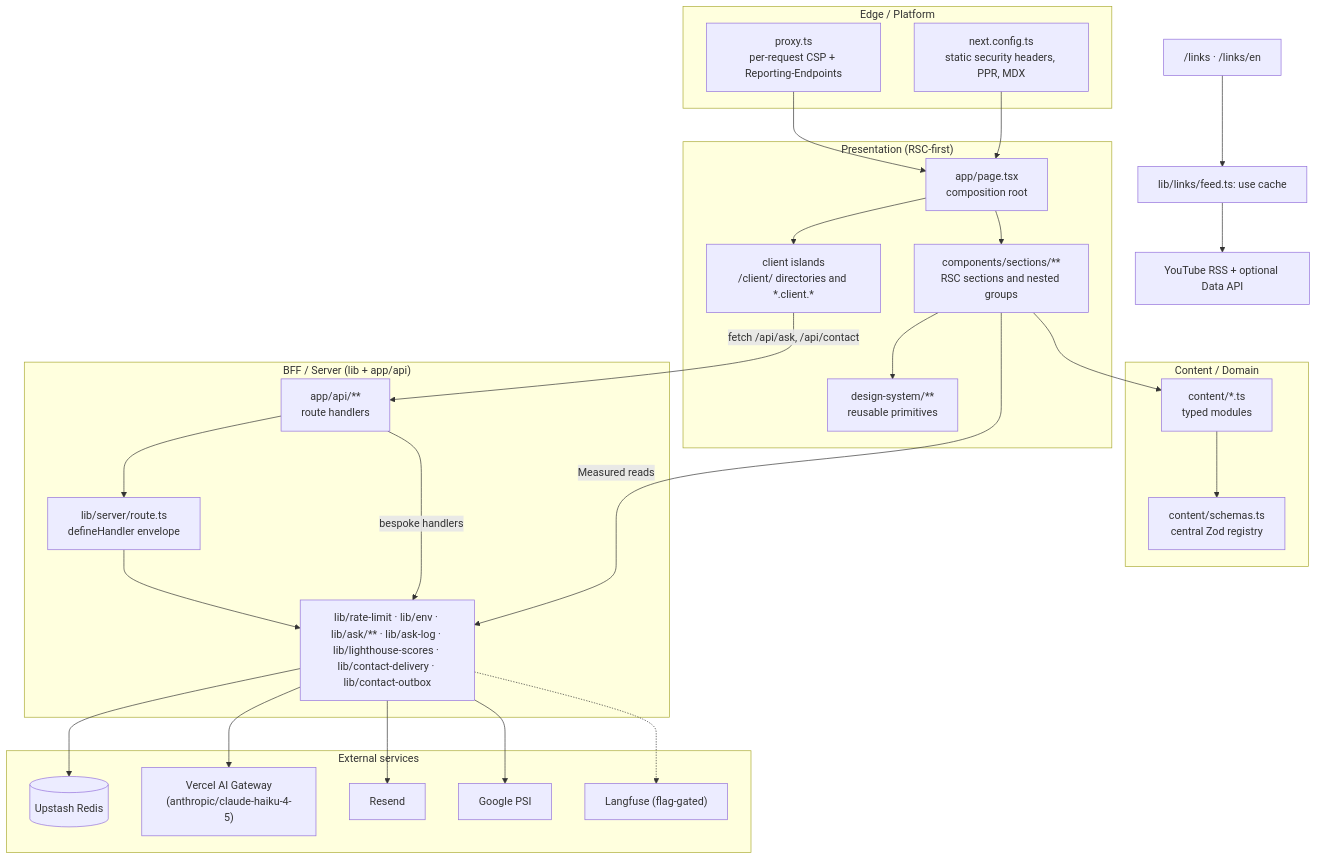
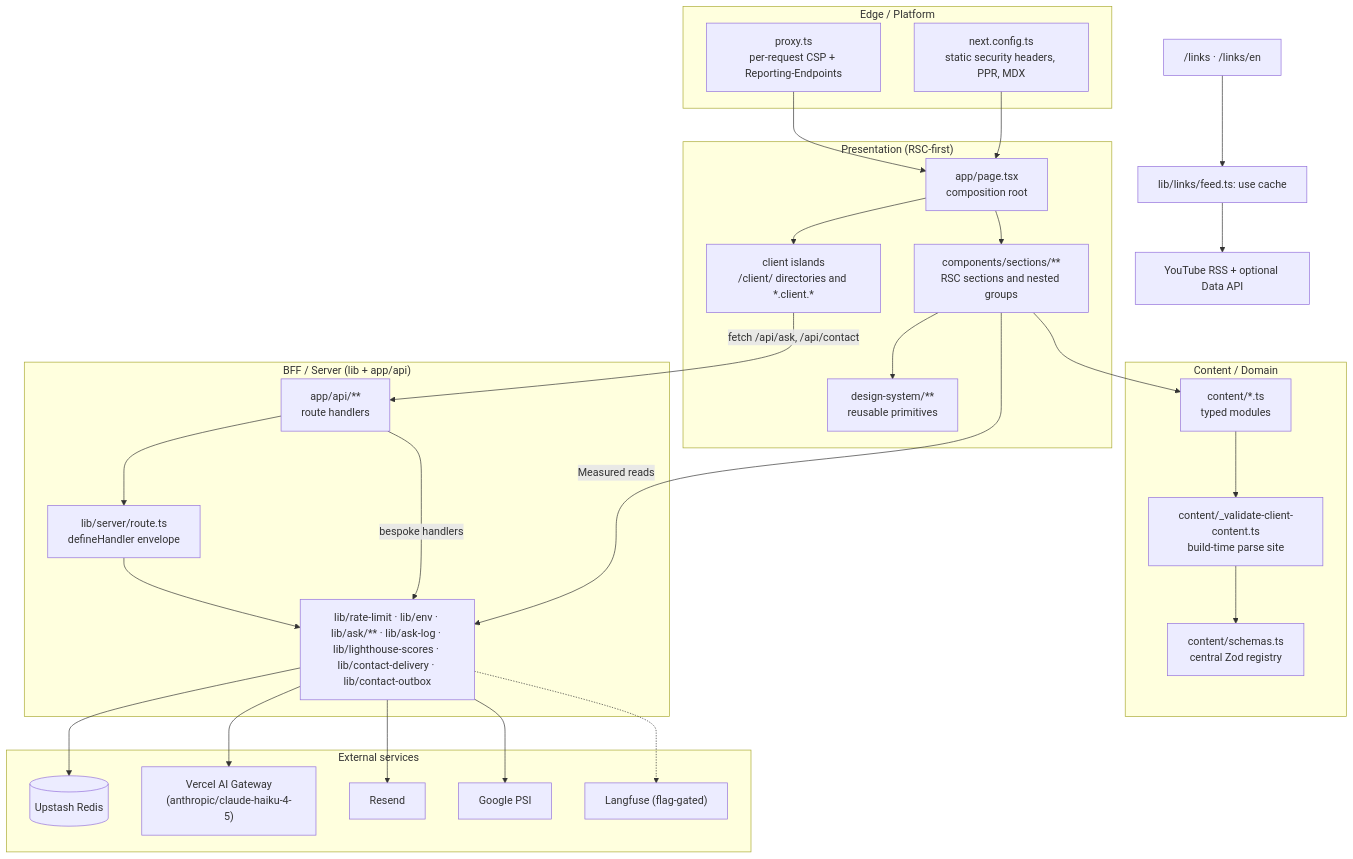
One commit to erikunha/portfolio changed the first of 3 diagrams in docs/01-architecture.md. Above: the diagram before and after it, drawn with Mermaid. The commit also changed other lines of this file and 12 other files, not shown here.

First line of the commit message:
fix(content): parse the topbar chrome and pin the motion tiers

````diff
--- a/docs/01-architecture.md
+++ b/docs/01-architecture.md
@@ -15,46 +15,47 @@
 ```mermaid
 flowchart TB
     subgraph edge["Edge / Platform"]
         proxy["proxy.ts<br/>per-request CSP + Reporting-Endpoints"]
         cfg["next.config.ts<br/>static security headers, PPR, MDX"]
     end
     subgraph present["Presentation (RSC-first)"]
         page["app/page.tsx<br/>composition root"]
         sections["components/sections/**<br/>RSC sections and nested groups"]
         islands["client islands<br/>/client/ directories and *.client.*"]
         ds["design-system/**<br/>reusable primitives"]
     end
     subgraph content["Content / Domain"]
         cmods["content/*.ts<br/>typed modules"]
         schemas["content/schemas.ts<br/>central Zod registry"]
+        gate["content/_validate-client-content.ts<br/>build-time parse site"]
     end
     subgraph bff["BFF / Server (lib + app/api)"]
         api["app/api/**<br/>route handlers"]
         handler["lib/server/route.ts<br/>defineHandler envelope"]
         libcore["lib/rate-limit · lib/env · lib/ask/** · lib/ask-log · lib/lighthouse-scores · lib/contact-delivery · lib/contact-outbox"]
     end
     subgraph ext["External services"]
         redis[("Upstash Redis")]
         gw["Vercel AI Gateway<br/>(anthropic/claude-haiku-4-5)"]
         resend["Resend"]
         psi["Google PSI"]
         lf["Langfuse (flag-gated)"]
     end
 
     proxy --> page
     cfg --> page
     page --> sections --> ds
     page --> islands
-    sections --> cmods --> schemas
+    sections --> cmods --> gate --> schemas
     islands -->|fetch /api/ask, /api/contact| api
     api --> handler --> libcore
     api -->|bespoke handlers| libcore
     sections -->|Measured reads| libcore
     links["/links · /links/en"] --> feed["lib/links/feed.ts: use cache"]
     feed --> yt["YouTube RSS + optional Data API"]
     libcore --> redis
     libcore --> gw
     libcore --> resend
     libcore --> psi
     libcore -.-> lf
 ```
````
